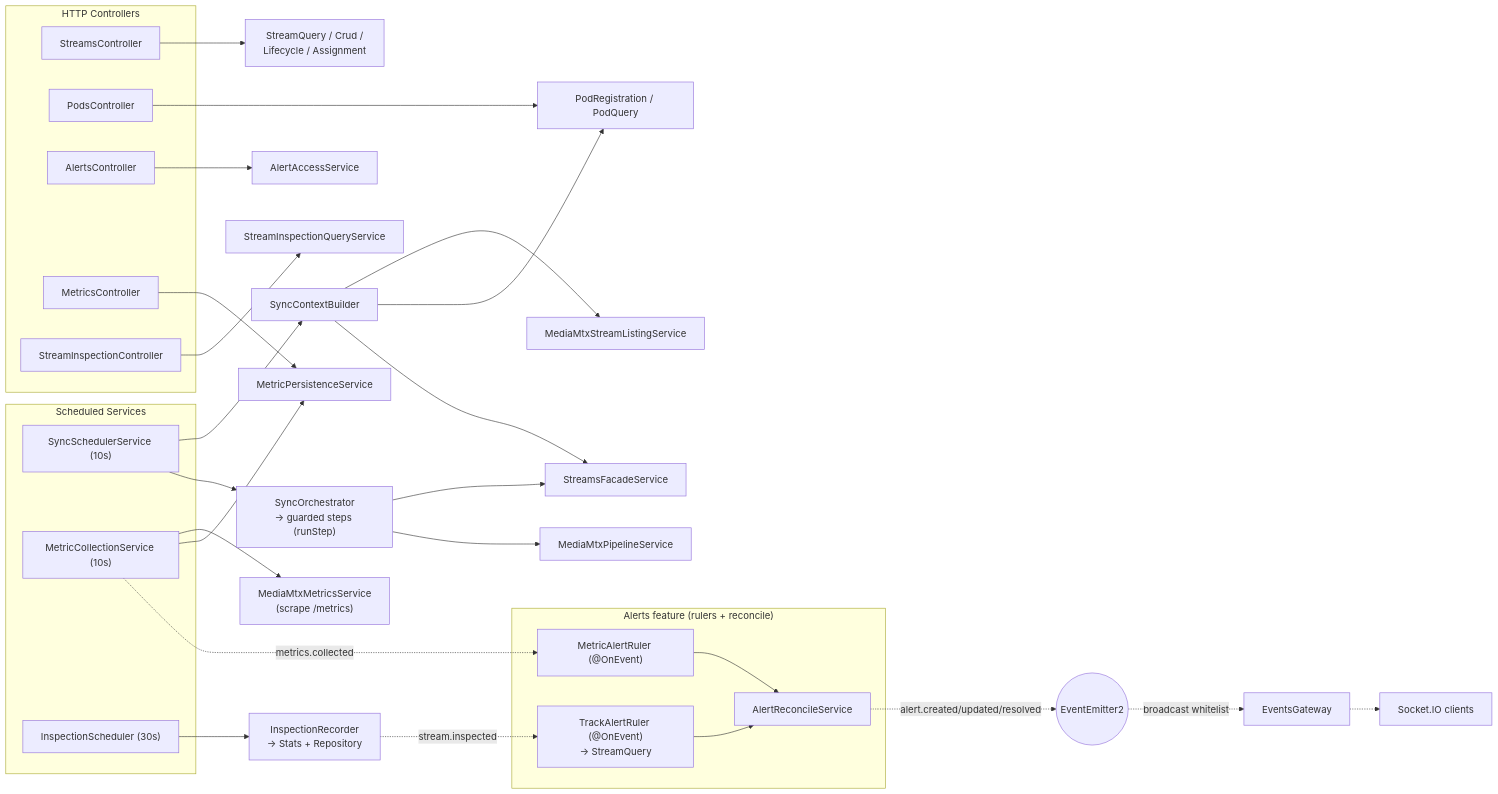
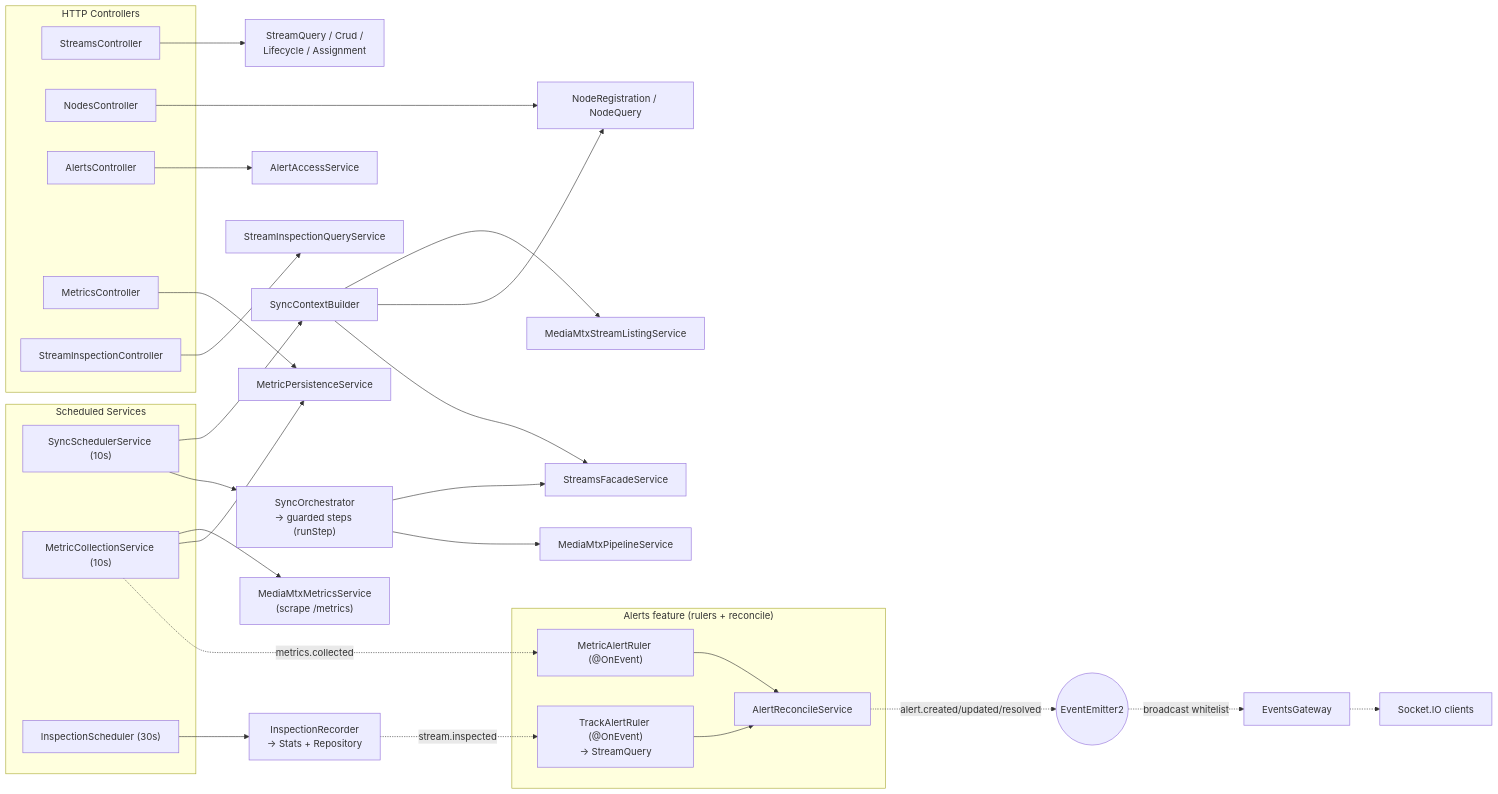
The fifth of 6 diagrams in backend/SYSTEM_DOCUMENTATION.md (emanuel74-bit/media-sync), drawn with Mermaid before and after one commit. The commit also changed other lines of this file and 163 other files, not shown here.

Commit message:
rename pod to node

````diff
--- a/backend/SYSTEM_DOCUMENTATION.md
+++ b/backend/SYSTEM_DOCUMENTATION.md
@@ -550,47 +550,47 @@
 ```mermaid
 flowchart LR
     subgraph http["HTTP Controllers"]
         StreamsC[StreamsController]
-        PodsC[PodsController]
+        NodesC[NodesController]
         AlertsC[AlertsController]
         MetricsC[MetricsController]
         InspC[StreamInspectionController]
     end
 
     subgraph cron["Scheduled Services"]
         SyncS["SyncSchedulerService (10s)"]
         MetricS["MetricCollectionService (10s)"]
         InspS["InspectionScheduler (30s)"]
     end
 
     StreamsC --> StrSvc["StreamQuery / Crud /<br/>Lifecycle / Assignment"]
-    PodsC --> PodSvc["PodRegistration / PodQuery"]
+    NodesC --> NodeSvc["NodeRegistration / NodeQuery"]
     AlertsC --> AlertLife[AlertAccessService]
     MetricsC --> MetricPersist[MetricPersistenceService]
     InspC --> InspQuery[StreamInspectionQueryService]
 
     SyncS --> Agg[SyncContextBuilder]
     SyncS --> Orch["SyncOrchestrator<br/>→ guarded steps (runStep)"]
     Agg --> Listing[MediaMtxStreamListingService]
-    Agg --> PodSvc
+    Agg --> NodeSvc
     Agg --> Facade[StreamsFacadeService]
     Orch --> Facade
     Orch --> Pipeline[MediaMtxPipelineService]
 
     MetricS --> MetricsSvc["MediaMtxMetricsService<br/>(scrape /metrics)"]
     MetricS --> MetricPersist
     MetricS -. "metrics.collected" .-> MRuler
 
     InspS --> Recorder["InspectionRecorder<br/>→ Stats + Repository"]
     Recorder -. "stream.inspected" .-> TRuler
 
     subgraph alerts["Alerts feature (rulers + reconcile)"]
         MRuler["MetricAlertRuler (@OnEvent)"]
         TRuler["TrackAlertRuler (@OnEvent)<br/>→ StreamQuery"]
         MRuler --> Reconcile[AlertReconcileService]
         TRuler --> Reconcile
     end
     Reconcile -. "alert.created/updated/resolved" .-> Bus
 
     Bus(("EventEmitter2")) -. "broadcast whitelist" .-> Gateway[EventsGateway] -.-> Clients["Socket.IO clients"]
 ```
````
